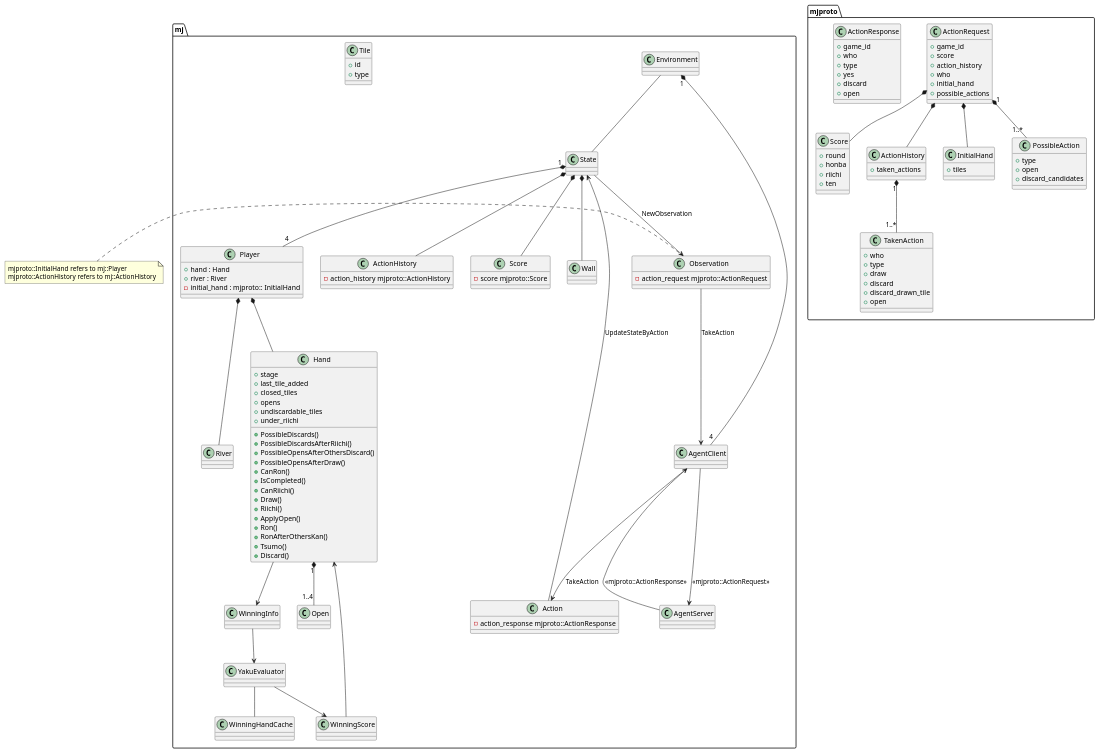
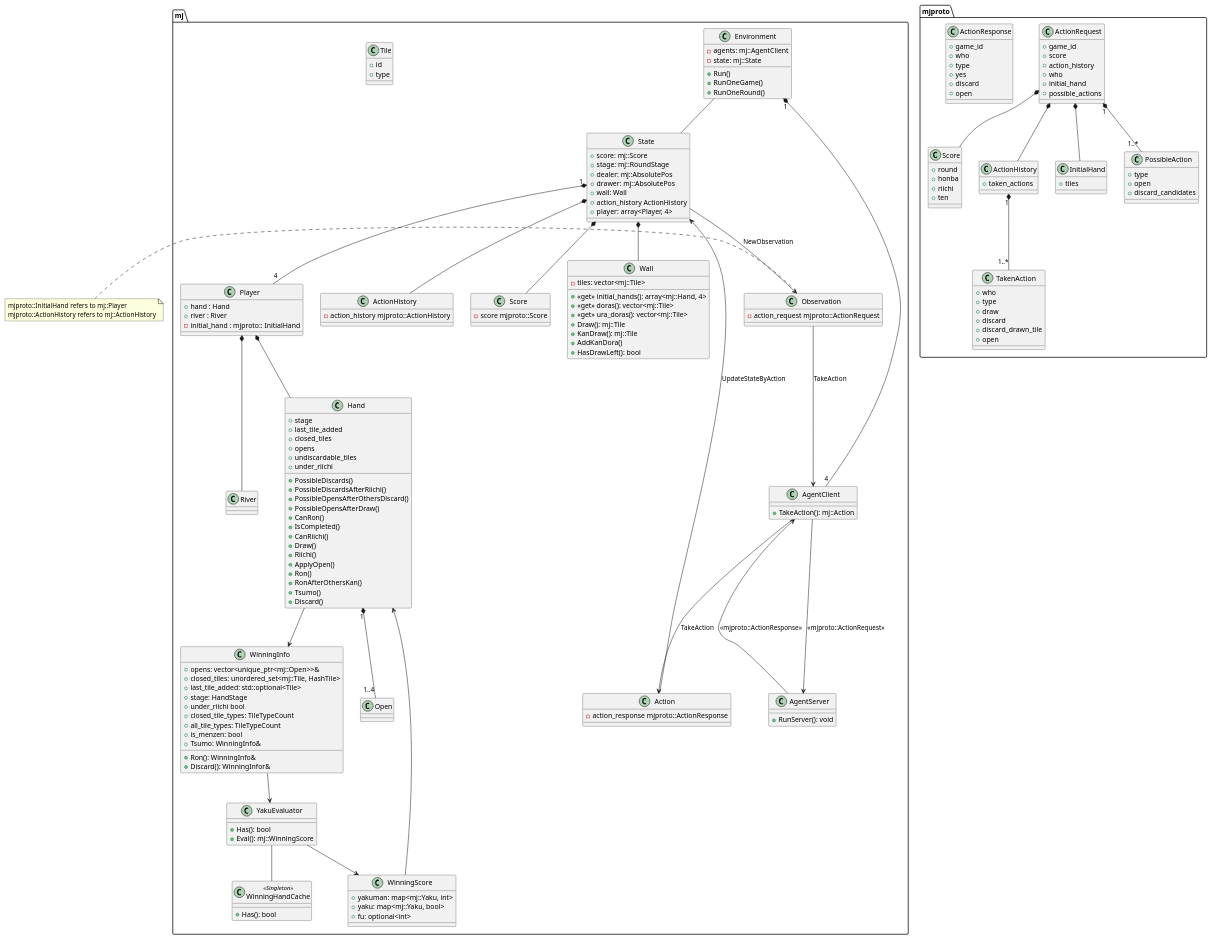
Before and after one commit to mjx-project/mjx: the diagram in diagrams.pu, drawn with PlantUML.

Commit message:
update diagram

```diff
--- a/diagrams.pu
+++ b/diagrams.pu
@@ -59,22 +59,50 @@
 
 
 class mj::Environment {
+    - agents: mj::AgentClient
+    - state: mj::State
+    + Run()
+    + RunOneGame()
+    + RunOneRound()
 }
 
 class mj::YakuEvaluator {
+    + Has(): bool
+    + Eval(): mj::WinningScore
 }
 
-class mj::WinningHandCache {
+class mj::WinningHandCache <<Singleton>> {
+    + Has(): bool
 }
 
 class mj::WinningScore {
+    + yakuman: map<mj::Yaku, int>
+    + yaku: map<mj::Yaku, bool>
+    + fu: optional<int>
 }
 
 class mj::WinningInfo {
+    + opens: vector<unique_ptr<mj::Open>>& 
+    + closed_tiles: unordered_set<mj::Tile, HashTile> 
+    + last_tile_added: std::optional<Tile> 
+    + stage: HandStage 
+    + under_riichi bool 
+    + closed_tile_types: TileTypeCount 
+    + all_tile_types: TileTypeCount 
+    + is_menzen: bool
+    + Ron(): WinningInfo&
+    + Discard(): WinningInfor&
+    + Tsumo: WinningInfo&
 }
 
 class mj::State {
-
+    + score: mj::Score
+    + stage: mj::RoundStage
+    + dealer: mj::AbsolutePos
+    + drawer: mj::AbsolutePos
+    + wall: Wall
+    + action_history ActionHistory 
+    + player: array<Player, 4>
 }
 
 class mj::Player {
@@ -96,11 +124,11 @@
 }
 
 class mj::AgentClient {
-
+    + TakeAction(): mj::Action
 }
 
 class mj::AgentServer {
-
+    + RunServer(): void
 }
 
 class mj::Score {
@@ -108,7 +136,14 @@
 }
 
 class mj::Wall {
-
+    - tiles: vector<mj::Tile>
+    + <<get>> initial_hands(): array<mj::Hand, 4>
+    + <<get>> doras(): vector<mj::Tile>
+    + <<get>> ura_doras(): vector<mj::Tile>
+    + Draw(): mj::Tile
+    + KanDraw(): mj::Tile
+    + AddKanDora()
+    + HasDrawLeft(): bool
 }
 
 class mj::River {
```
